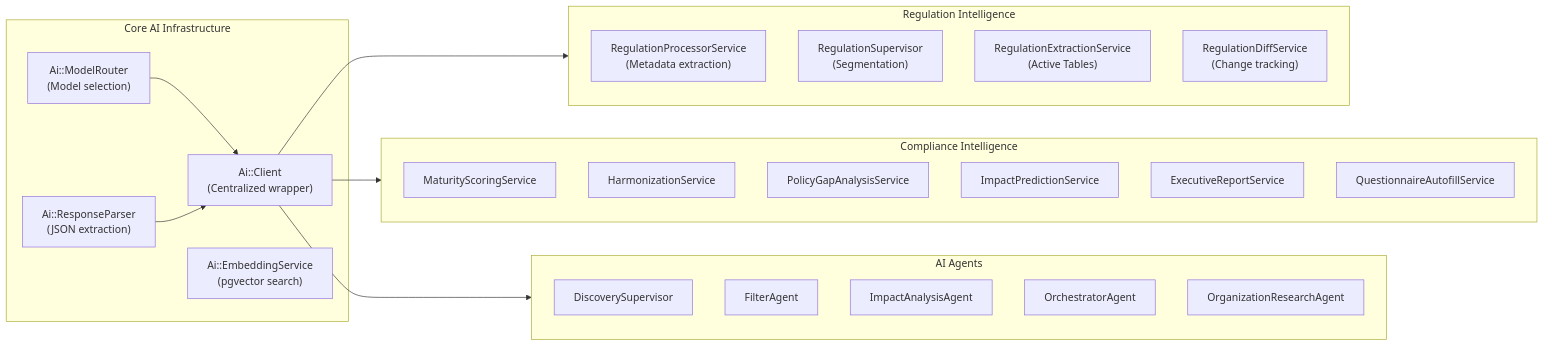
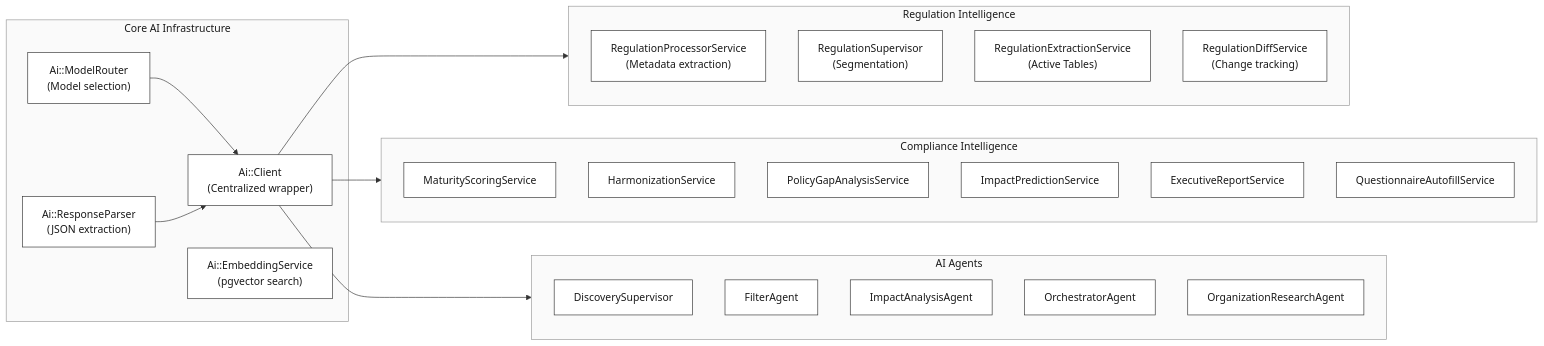
Before and after one commit to dguardio/compliance_tracker: the sixth of 7 diagrams in README.md, drawn with Mermaid. The commit also changed other lines of this file and 29 other files, not shown here.

````diff
--- a/README.md
+++ b/README.md
@@ -289,39 +294,40 @@
 ```mermaid
+%%{init: {'theme': 'base', 'themeVariables': {'primaryColor': '#ffffff', 'primaryTextColor': '#1a1a1a', 'primaryBorderColor': '#333333', 'lineColor': '#333333', 'secondaryColor': '#f5f5f5', 'tertiaryColor': '#e8e8e8', 'background': '#ffffff', 'mainBkg': '#ffffff', 'nodeBorder': '#333333', 'clusterBkg': '#fafafa', 'clusterBorder': '#999999', 'titleColor': '#1a1a1a', 'edgeLabelBackground': '#ffffff'}}}%%
 graph LR
     subgraph Core_AI["Core AI Infrastructure"]
         CLIENT["Ai::Client<br/>(Centralized wrapper)"]
         ROUTER["Ai::ModelRouter<br/>(Model selection)"]
         PARSER["Ai::ResponseParser<br/>(JSON extraction)"]
         EMBED["Ai::EmbeddingService<br/>(pgvector search)"]
     end
 
     subgraph Regulation_AI["Regulation Intelligence"]
         RPROC["RegulationProcessorService<br/>(Metadata extraction)"]
         RSUP["RegulationSupervisor<br/>(Segmentation)"]
         REXT["RegulationExtractionService<br/>(Active Tables)"]
         RDIFF["RegulationDiffService<br/>(Change tracking)"]
     end
 
     subgraph Compliance_AI["Compliance Intelligence"]
         MSCORE["MaturityScoringService"]
         HARM["HarmonizationService"]
         PGAP["PolicyGapAnalysisService"]
         IMPACT["ImpactPredictionService"]
         EXEC["ExecutiveReportService"]
         QUEST["QuestionnaireAutofillService"]
     end
 
     subgraph Agent_AI["AI Agents"]
         DISC["DiscoverySupervisor"]
         FILTER["FilterAgent"]
         IMPACT_A["ImpactAnalysisAgent"]
         ORCH["OrchestratorAgent"]
         RESEARCH["OrganizationResearchAgent"]
     end
 
     CLIENT --> Regulation_AI
     CLIENT --> Compliance_AI
     CLIENT --> Agent_AI
     ROUTER --> CLIENT
     PARSER --> CLIENT
 ```
````
